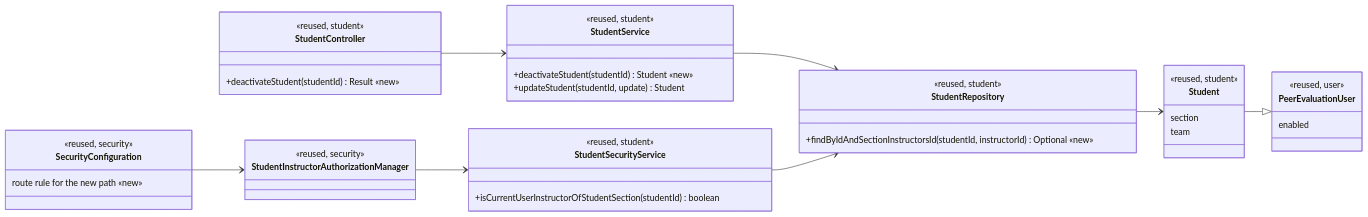
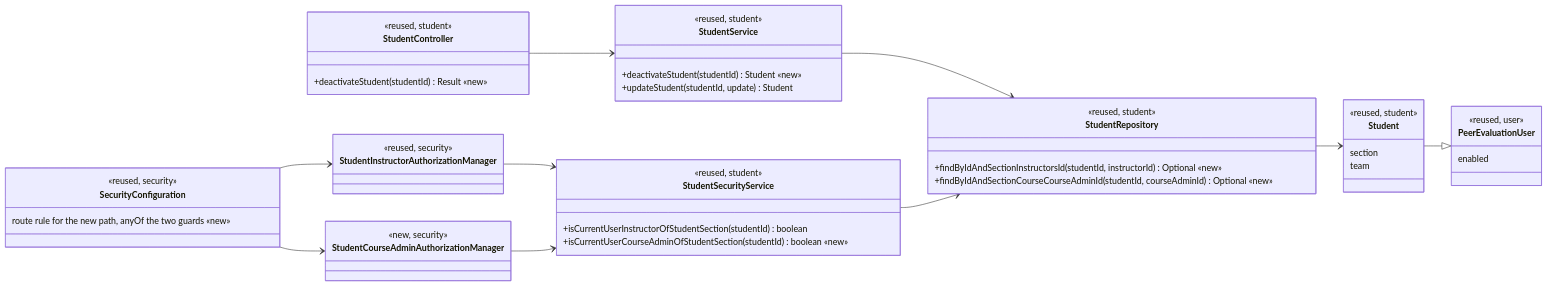
Before and after one commit to bkabondo/add-a-use-case: the second of 3 diagrams in docs/design/stu.md, drawn with Mermaid. The commit also changed other lines of this file and 1 other file, not shown here.

````diff
--- a/docs/design/stu.md
+++ b/docs/design/stu.md
@@ -32,44 +32,51 @@
 ```mermaid
 classDiagram
     direction LR
     class StudentController {
         <<reused, student>>
         +deactivateStudent(studentId) Result «new»
     }
     class StudentService {
         <<reused, student>>
         +deactivateStudent(studentId) Student «new»
         +updateStudent(studentId, update) Student
     }
     class StudentRepository {
         <<reused, student>>
         +findByIdAndSectionInstructorsId(studentId, instructorId) Optional «new»
+        +findByIdAndSectionCourseCourseAdminId(studentId, courseAdminId) Optional «new»
     }
     class Student {
         <<reused, student>>
         section
         team
     }
     class PeerEvaluationUser {
         <<reused, user>>
         enabled
     }
     class StudentSecurityService {
         <<reused, student>>
         +isCurrentUserInstructorOfStudentSection(studentId) boolean
+        +isCurrentUserCourseAdminOfStudentSection(studentId) boolean «new»
     }
     class StudentInstructorAuthorizationManager {
         <<reused, security>>
     }
+    class StudentCourseAdminAuthorizationManager {
+        <<new, security>>
+    }
     class SecurityConfiguration {
         <<reused, security>>
-        route rule for the new path «new»
+        route rule for the new path, anyOf the two guards «new»
     }
     Student --|> PeerEvaluationUser
     StudentController --> StudentService
     StudentService --> StudentRepository
     StudentRepository --> Student
     SecurityConfiguration --> StudentInstructorAuthorizationManager
+    SecurityConfiguration --> StudentCourseAdminAuthorizationManager
     StudentInstructorAuthorizationManager --> StudentSecurityService
+    StudentCourseAdminAuthorizationManager --> StudentSecurityService
     StudentSecurityService --> StudentRepository
 ```
````
